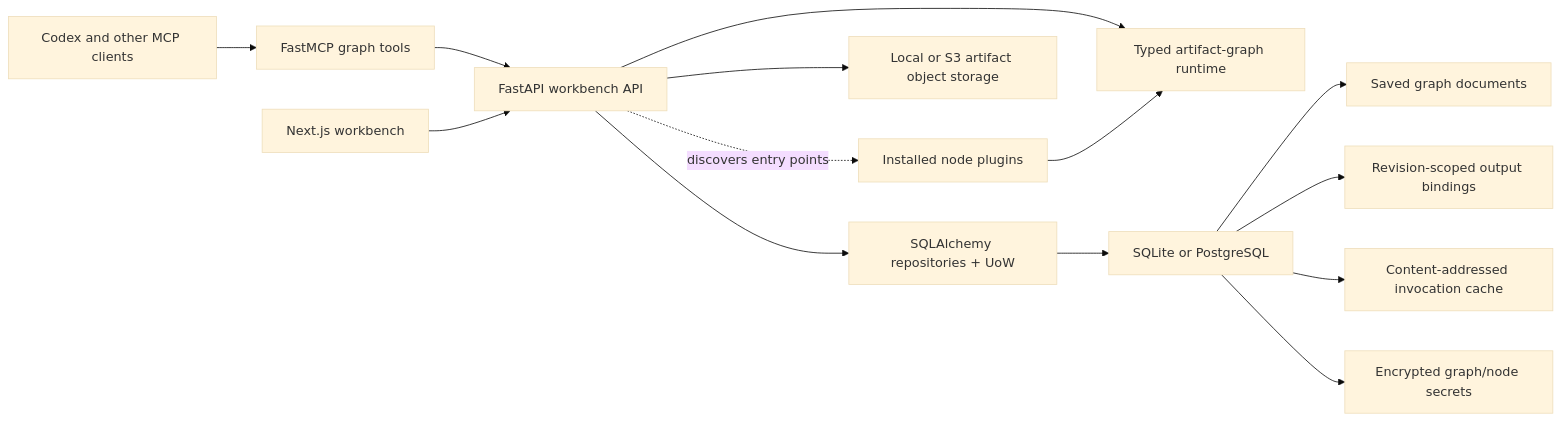
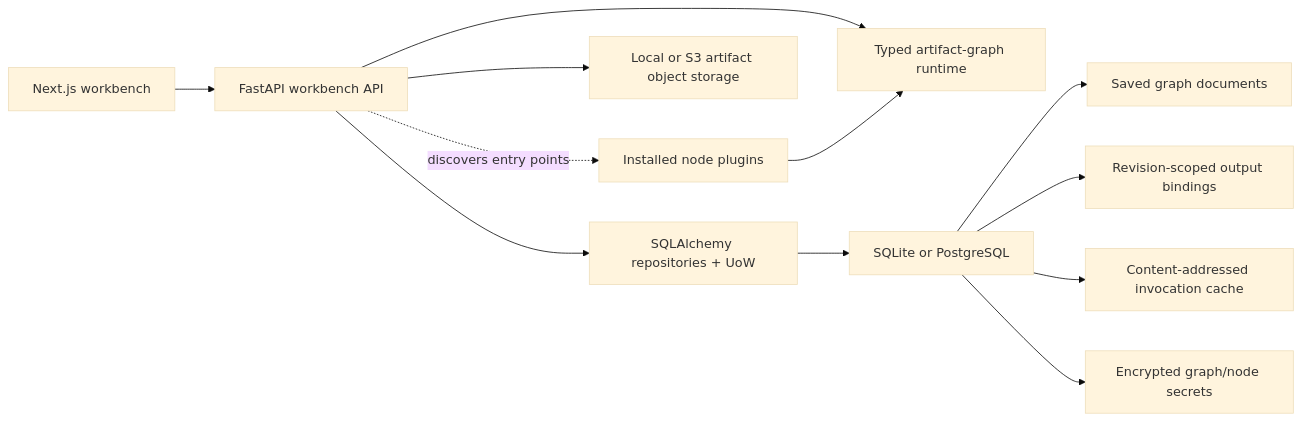
The first of 4 diagrams in README.md (artpods56/KUL_IDUB_EcclesialSchematisms), drawn with Mermaid (base theme) before and after one commit. The commit also changed other lines of this file and 5 other files, not shown here.

````diff
--- a/README.md
+++ b/README.md
@@ -27,16 +27,14 @@
 ```mermaid
 flowchart LR
-    Agents["Codex and other MCP clients"] --> MCP["FastMCP graph tools"]
-    MCP --> API["FastAPI workbench API"]
-    Web["Next.js workbench"] --> API
+    Web["Next.js workbench"] --> API["FastAPI workbench API"]
     API --> Core["Typed artifact-graph runtime"]
     API --> Persistence["SQLAlchemy repositories + UoW"]
     Persistence --> SQL["SQLite or PostgreSQL"]
     SQL --> Graphs["Saved graph documents"]
     SQL --> Bindings["Revision-scoped output bindings"]
     SQL --> Cache["Content-addressed invocation cache"]
     SQL --> Secrets["Encrypted graph/node secrets"]
     API --> Storage["Local or S3 artifact object storage"]
     API -. "discovers entry points" .-> Plugins["Installed node plugins"]
     Plugins --> Core
 ```
````
